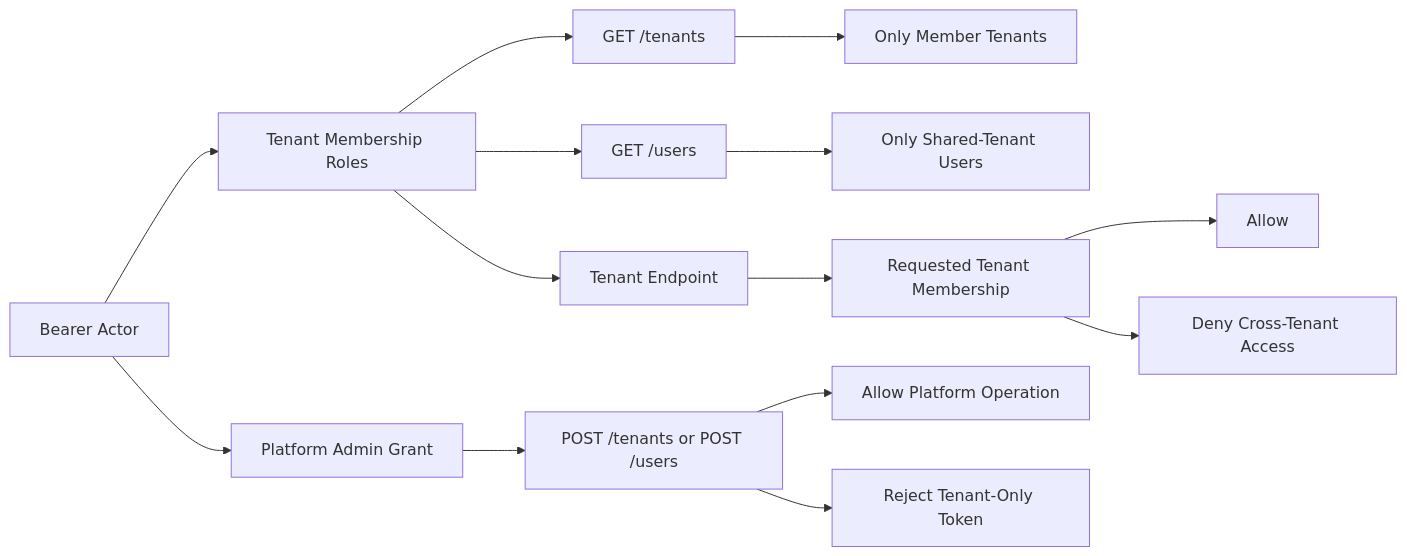
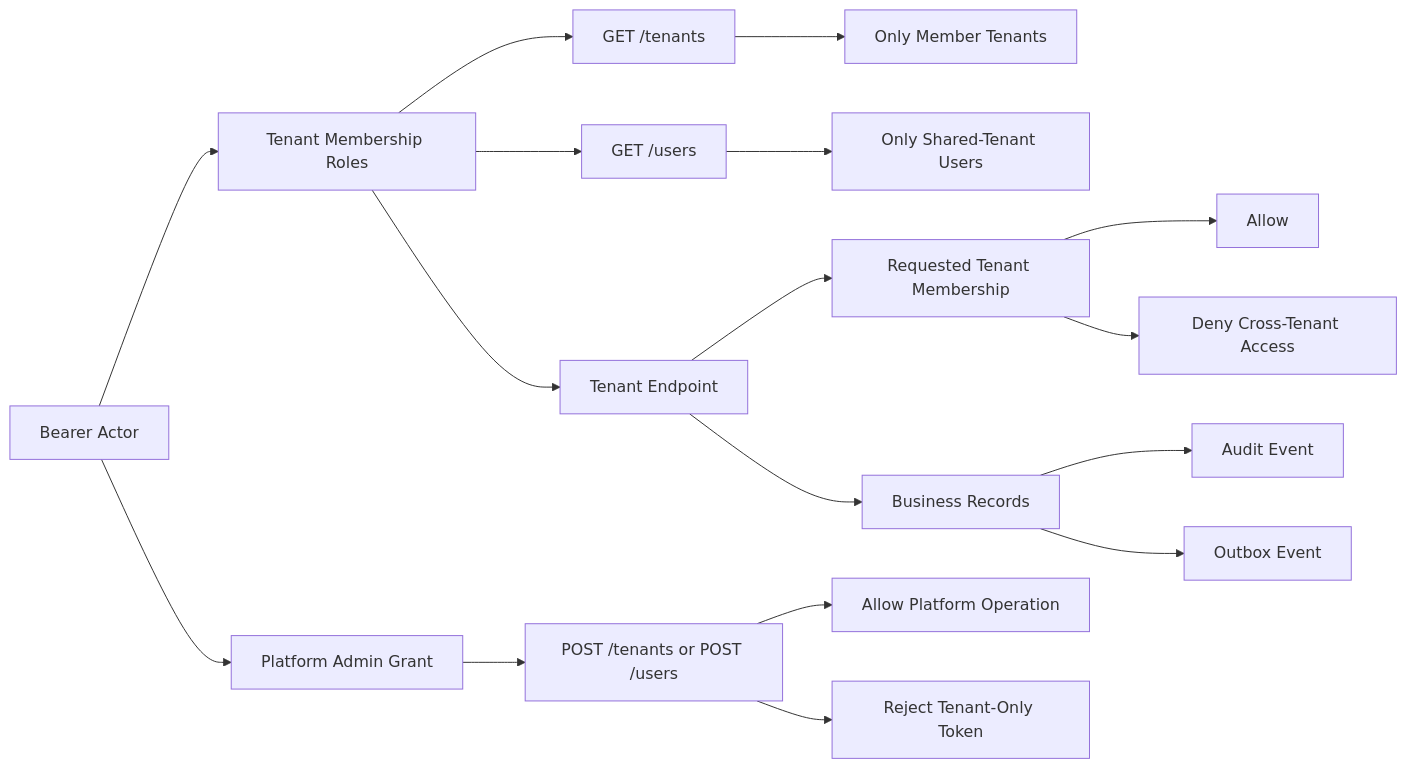
Before and after one commit to AlexGerlitz/drivedesk-core: the fourth of 8 diagrams in docs/public/SYSTEM_DESIGN.md, drawn with Mermaid. The commit also changed other lines of this file and 21 other files, not shown here.

Commit message:
Add tenant-owned business records

````diff
--- a/docs/public/SYSTEM_DESIGN.md
+++ b/docs/public/SYSTEM_DESIGN.md
@@ -161,16 +163,19 @@
 ```mermaid
 flowchart LR
   Actor["Bearer Actor"] --> Roles["Tenant Membership Roles"]
   Roles --> TenantList["GET /tenants"]
   Roles --> UserList["GET /users"]
   Roles --> TenantEndpoint["Tenant Endpoint"]
   TenantList --> OwnTenants["Only Member Tenants"]
   UserList --> SharedUsers["Only Shared-Tenant Users"]
   TenantEndpoint --> TenantCheck["Requested Tenant Membership"]
   TenantCheck --> Allow["Allow"]
   TenantCheck --> Deny["Deny Cross-Tenant Access"]
+  TenantEndpoint --> BusinessRecord["Business Records"]
+  BusinessRecord --> BusinessAudit["Audit Event"]
+  BusinessRecord --> BusinessOutbox["Outbox Event"]
   Actor --> PlatformGrant["Platform Admin Grant"]
   PlatformGrant --> Bootstrap["POST /tenants or POST /users"]
   Bootstrap --> AllowBootstrap["Allow Platform Operation"]
   Bootstrap --> DenyBootstrap["Reject Tenant-Only Token"]
 ```
````
